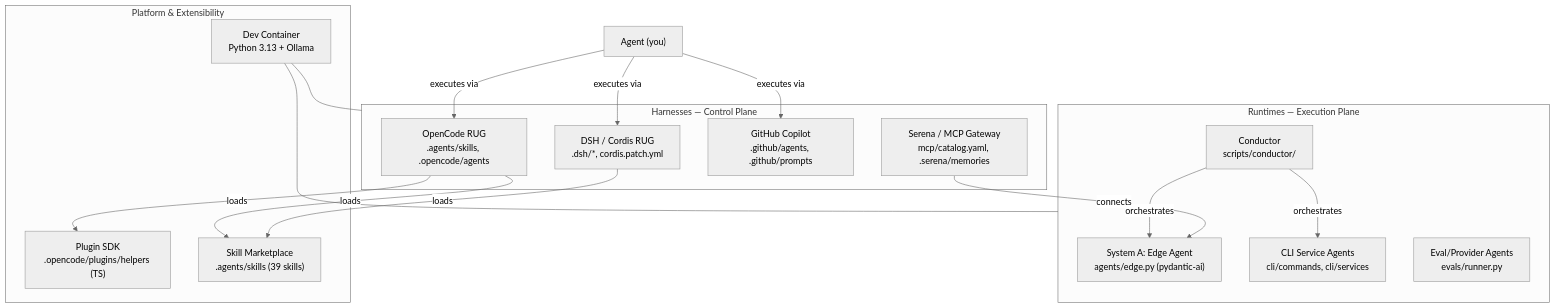
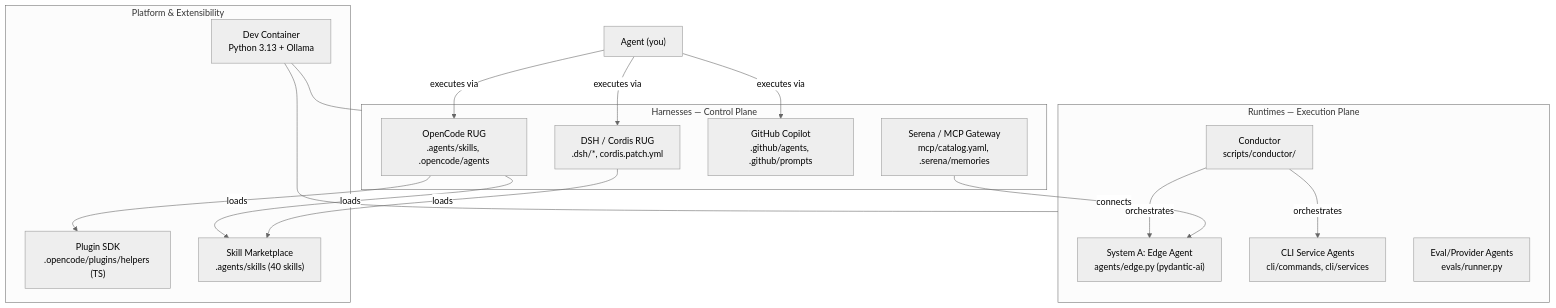
One commit to Th3Un1q3/edgent-smith changed the diagram in AGENTS.md. Above: the diagram before and after it, drawn with Mermaid (neutral theme). The commit also changed other lines of this file and 22 other files, not shown here.

````diff
--- a/AGENTS.md
+++ b/AGENTS.md
@@ -12,32 +12,32 @@
 ```mermaid
 flowchart TB
     subgraph harnesses["Harnesses — Control Plane"]
         OpenCode["OpenCode RUG\n.agents/skills, .opencode/agents"]
         DSH["DSH / Cordis RUG\n.dsh/*, cordis.patch.yml"]
         Copilot["GitHub Copilot\n.github/agents, .github/prompts"]
         Serena["Serena / MCP Gateway\nmcp/catalog.yaml, .serena/memories"]
     end
     subgraph runtimes["Runtimes — Execution Plane"]
         EdgeA["System A: Edge Agent\nagents/edge.py (pydantic-ai)"]
         CLI["CLI Service Agents\ncli/commands, cli/services"]
         Evals["Eval/Provider Agents\nevals/runner.py"]
         Conductor["Conductor\nscripts/conductor/"]
     end
     subgraph platform["Platform & Extensibility"]
         DevContainer["Dev Container\nPython 3.13 + Ollama"]
         PluginSDK["Plugin SDK\n.opencode/plugins/helpers (TS)"]
-        Skills["Skill Marketplace\n.agents/skills (39 skills)"]
+        Skills["Skill Marketplace\n.agents/skills (40 skills)"]
     end
     Agent["Agent (you)"] -- executes via --> OpenCode
     Agent -- executes via --> DSH
     Agent -- executes via --> Copilot
     Conductor -- orchestrates --> EdgeA
     Conductor -- orchestrates --> CLI
     OpenCode -- loads --> PluginSDK
     OpenCode -- loads --> Skills
     DSH -- loads --> Skills
     Serena -- connects --> EdgeA
     DevContainer --- harnesses
     DevContainer --- runtimes
     DevContainer --- platform
 ```
````
